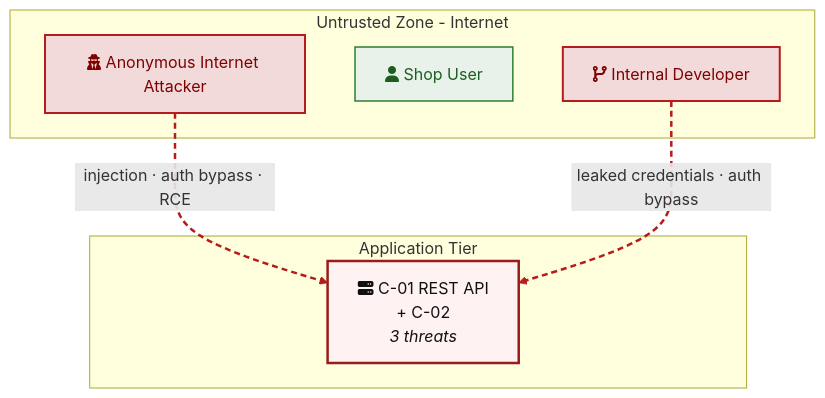
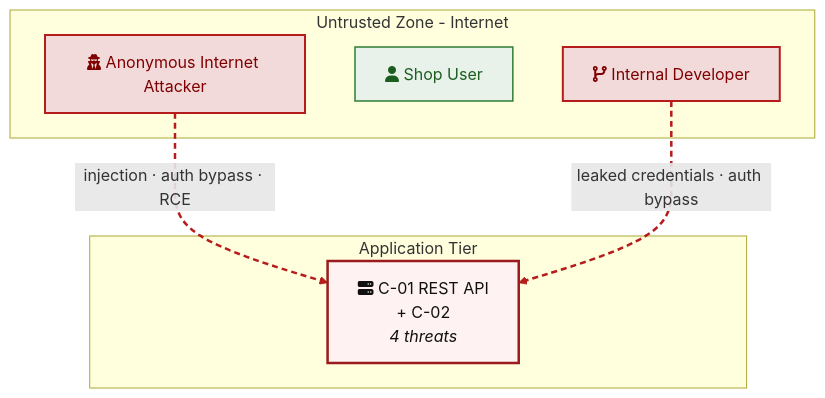
Before and after one commit to appsec-foundry/appsec-analyzer: the fourth of 11 diagrams in tests/fixtures/e2e/golden/threat-model.md, drawn with Mermaid. The commit also changed 4 other files, not shown here.

````diff
--- a/tests/fixtures/e2e/golden/threat-model.md
+++ b/tests/fixtures/e2e/golden/threat-model.md
@@ -238,19 +238,19 @@
 ```mermaid
 flowchart TD
     subgraph EXT["Untrusted Zone - Internet"]
         INTERNET_ANON["fa:fa-user-secret Anonymous Internet Attacker"]:::threat
         VICTIM_REQUIRED["fa:fa-user Shop User"]:::legit
         REPO_READ["fa:fa-code-branch Internal Developer"]:::threat
     end
     subgraph APP["Application Tier"]
-        c_01["fa:fa-server C-01 REST API<br/>+ C-02<br/><i>3 threats</i>"]:::risk
+        c_01["fa:fa-server C-01 REST API<br/>+ C-02<br/><i>4 threats</i>"]:::risk
     end
     INTERNET_ANON -.->|"injection · auth bypass · RCE"| c_01
     REPO_READ -.->|"leaked credentials · auth bypass"| c_01
 
     classDef legit fill:#e8f1ea,stroke:#2e7d32,color:#1b5e20,stroke-width:1.5px
     classDef threat fill:#f3dada,stroke:#b71c1c,color:#7f0000,stroke-width:2px
     classDef external fill:#f2f2f2,stroke:#424242,color:#212121,stroke-width:1.5px
     classDef risk fill:#fef2f2,stroke:#991b1b,color:#111,stroke-width:2.5px
     linkStyle 0,1 stroke:#b71c1c,stroke-width:2.5px,stroke-dasharray:6 4
 ```
````
